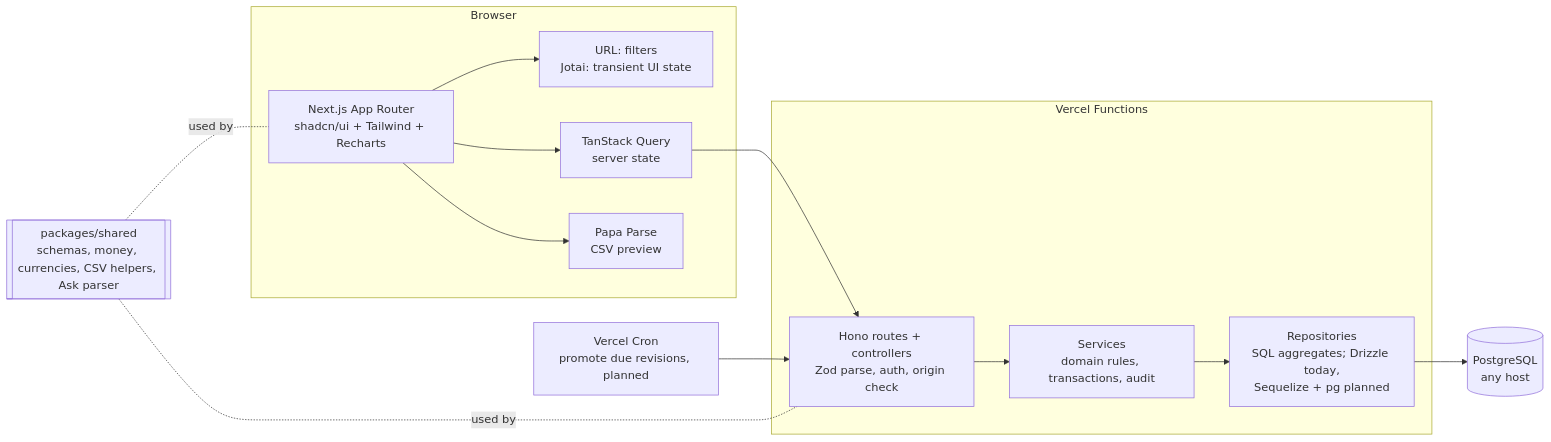
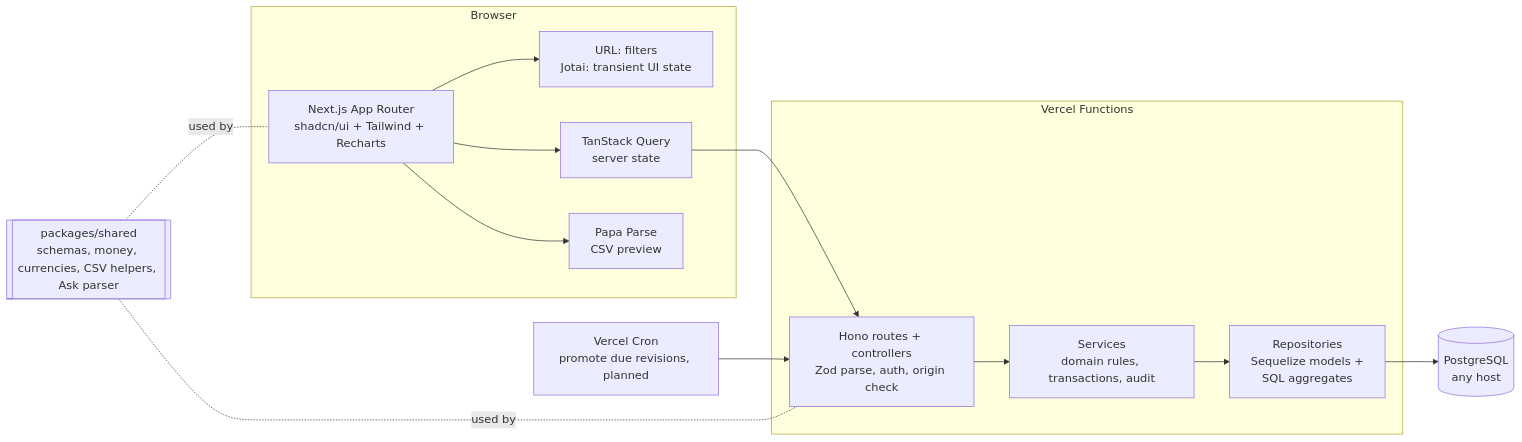
The first of 4 diagrams in docs/DESIGN.md (Sandeep-M23/paywise), drawn with Mermaid before and after one commit. The commit also changed other lines of this file and 43 other files, not shown here.

First line of the commit message:
refactor(api): PostgreSQL via pg + Sequelize; remove Drizzle and Neon

````diff
--- a/docs/DESIGN.md
+++ b/docs/DESIGN.md
@@ -9,24 +9,24 @@
 ```mermaid
 flowchart LR
   subgraph Browser
     UI[Next.js App Router<br/>shadcn/ui + Tailwind + Recharts]
     J[URL: filters<br/>Jotai: transient UI state]
     Q[TanStack Query<br/>server state]
     P[Papa Parse<br/>CSV preview]
   end
   subgraph Vercel Functions
     R[Hono routes + controllers<br/>Zod parse, auth, origin check]
     S[Services<br/>domain rules, transactions, audit]
-    D[Repositories<br/>SQL aggregates; Drizzle today,<br/>Sequelize + pg planned]
+    D[Repositories<br/>Sequelize models +<br/>SQL aggregates]
   end
   CRON[Vercel Cron<br/>promote due revisions, planned]
   DB[(PostgreSQL<br/>any host)]
   SH[[packages/shared<br/>schemas, money, currencies, CSV helpers, Ask parser]]
 
   UI --> J
   UI --> Q --> R --> S --> D --> DB
   CRON --> R
   UI --> P
   SH -. used by .- UI
   SH -. used by .- R
 ```
````
